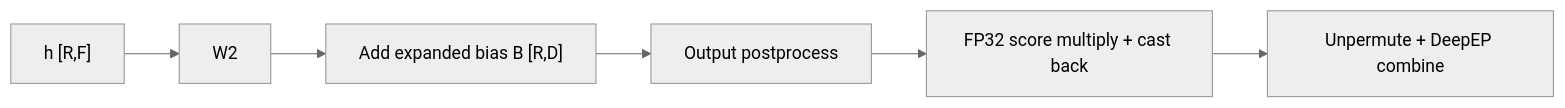
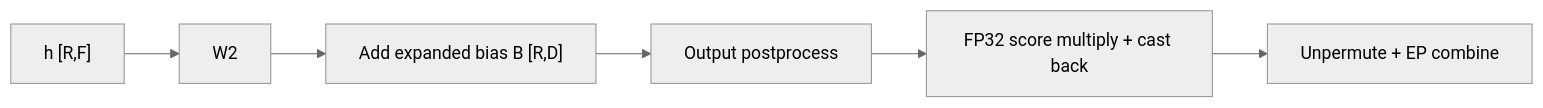
One commit to pytorch/torchtitan changed the third of 3 diagrams in torchtitan/models/common/moe/ROUTER_SCORE_ABSORPTION.md. Above: the diagram before and after it, drawn with Mermaid (neutral theme). The commit also changed other lines of this file and 7 other files, not shown here.

````diff
--- a/torchtitan/models/common/moe/ROUTER_SCORE_ABSORPTION.md
+++ b/torchtitan/models/common/moe/ROUTER_SCORE_ABSORPTION.md
@@ -57,6 +59,6 @@
 ```mermaid
 flowchart LR
     H["h [R,F]"] --> W["W2"] --> A["Add expanded bias B [R,D]"]
     A --> P["Output postprocess"] --> S["FP32 score multiply + cast back"]
-    S --> C["Unpermute + DeepEP combine"]
+    S --> C["Unpermute + EP combine"]
 ```
````
